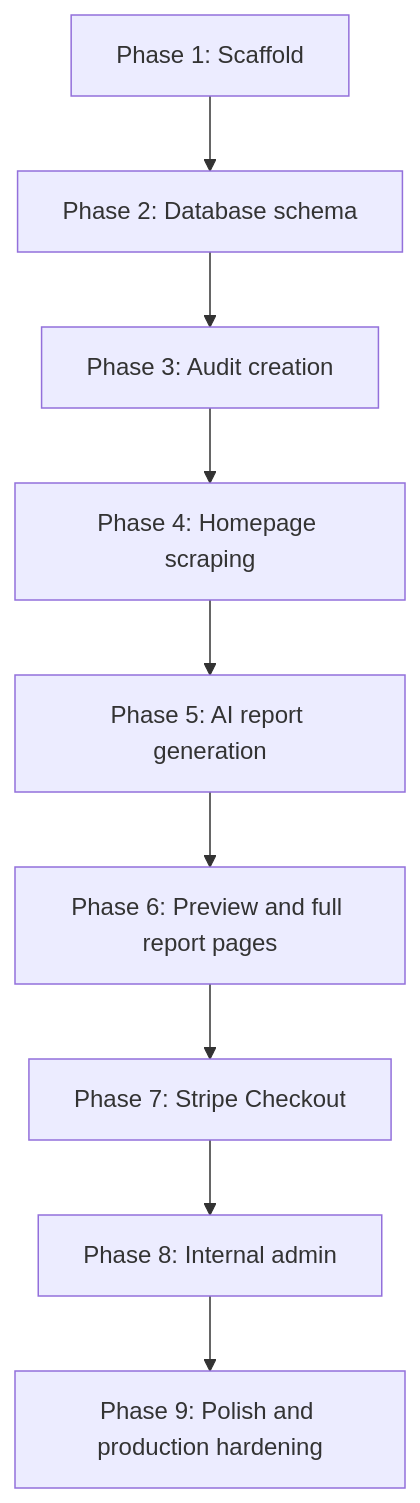
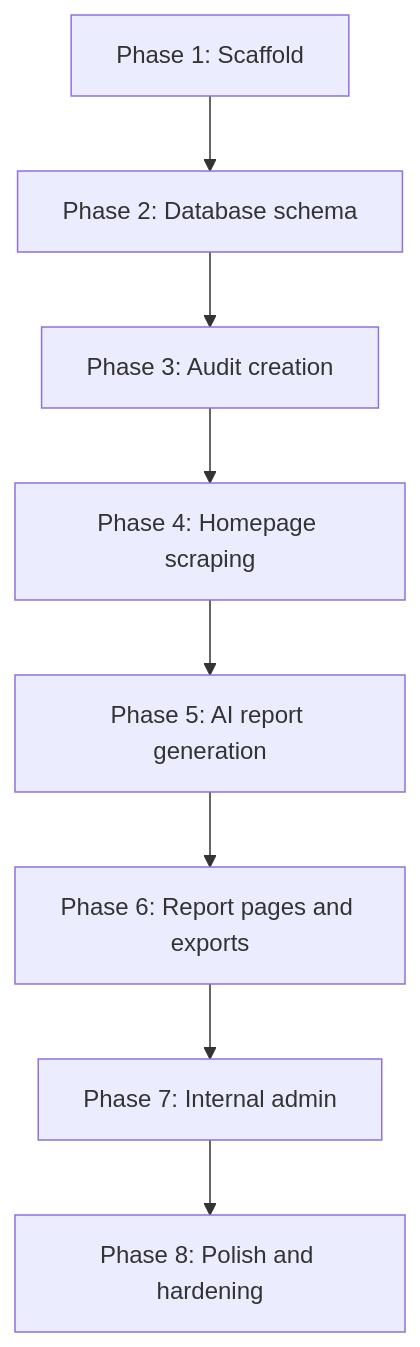
The tenth of 10 diagrams in docs/ARCHITECTURE.md (Luxion07/sitegap-ai), drawn with Mermaid before and after one commit. The commit also changed other lines of this file and 15 other files, not shown here.

````diff
--- a/docs/ARCHITECTURE.md
+++ b/docs/ARCHITECTURE.md
@@ -342,14 +280,13 @@
 ```mermaid
 flowchart TD
   P1[Phase 1: Scaffold]
   P2[Phase 2: Database schema]
   P3[Phase 3: Audit creation]
   P4[Phase 4: Homepage scraping]
   P5[Phase 5: AI report generation]
-  P6[Phase 6: Preview and full report pages]
-  P7[Phase 7: Stripe Checkout]
-  P8[Phase 8: Internal admin]
-  P9[Phase 9: Polish and production hardening]
+  P6[Phase 6: Report pages and exports]
+  P7[Phase 7: Internal admin]
+  P8[Phase 8: Polish and hardening]
 
-  P1 --> P2 --> P3 --> P4 --> P5 --> P6 --> P7 --> P8 --> P9
+  P1 --> P2 --> P3 --> P4 --> P5 --> P6 --> P7 --> P8
 ```
````
